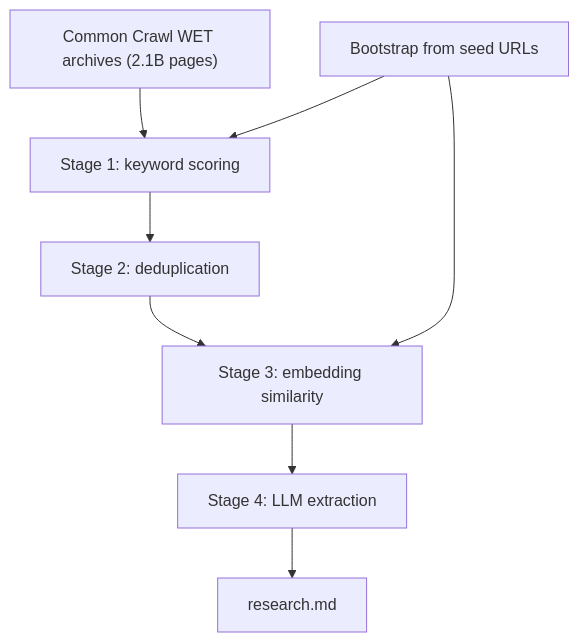
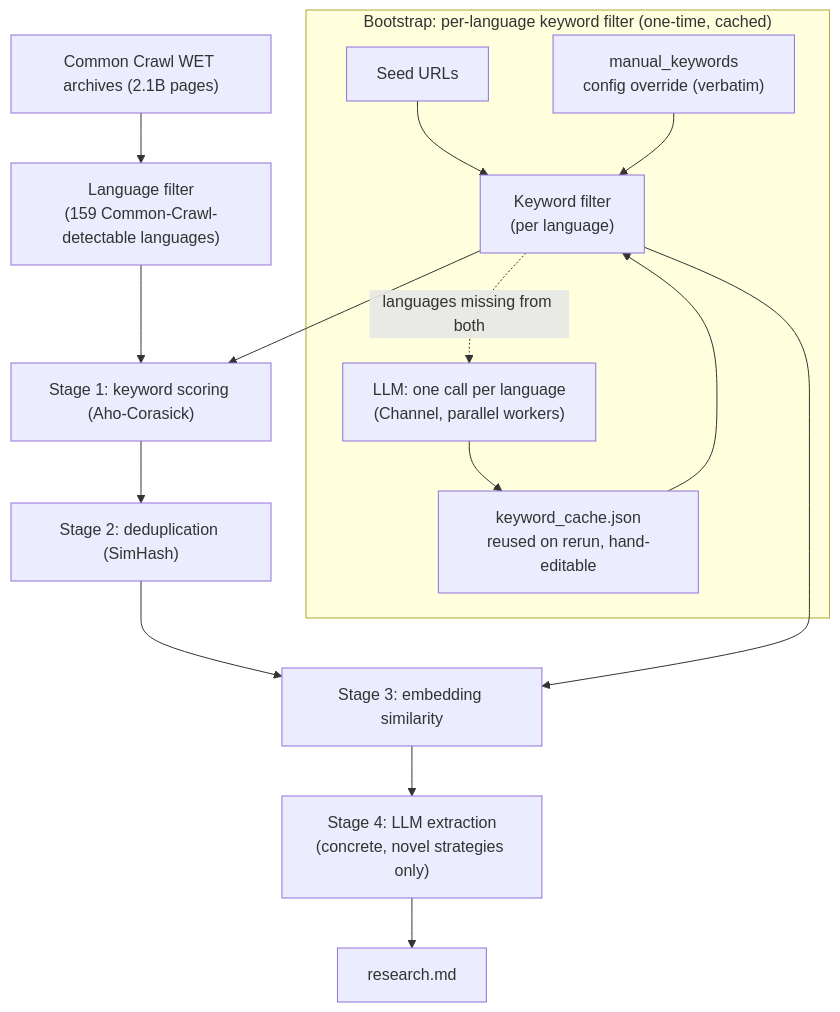
One commit to D3MZ/MonsieurPapin.jl changed the diagram in README.md. Above: the diagram before and after it, drawn with Mermaid. The commit also changed other lines of this file, not shown here.

Commit message:
Update architecture diagram for language filter + per-language keyword sourcing
Reflect the design change in the README graph: add the 159-language Common Crawl
language filter as an explicit pre-stage, and expand the bootstrap node into the
per-language keyword filter sourced from manual_keywords (verbatim) -> keyword_cache
(reused/hand-editable) -> per-language LLM generation over a Channel.

Claude-Session: https://claude.ai/code/session_01J1ySEr9b1v4Bv9XZoDk91M

````diff
--- a/README.md
+++ b/README.md
@@ -103,11 +103,19 @@
 ```mermaid
 flowchart TD
-    A["Common Crawl WET archives (2.1B pages)"] --> B["Stage 1: keyword scoring"]
-    B --> C["Stage 2: deduplication"]
+    A["Common Crawl WET archives (2.1B pages)"] --> L["Language filter<br/>(159 Common-Crawl-detectable languages)"]
+    L --> B["Stage 1: keyword scoring (Aho-Corasick)"]
+    B --> C["Stage 2: deduplication (SimHash)"]
     C --> D["Stage 3: embedding similarity"]
-    D --> E["Stage 4: LLM extraction"]
+    D --> E["Stage 4: LLM extraction<br/>(concrete, novel strategies only)"]
     E --> F["research.md"]
 
-    G["Bootstrap from seed URLs"] --> B
-    G --> D
+    subgraph BOOT["Bootstrap: per-language keyword filter (one-time, cached)"]
+      S["Seed URLs"] --> KF["Keyword filter<br/>(per language)"]
+      MK["manual_keywords<br/>config override (verbatim)"] --> KF
+      KC["keyword_cache.json<br/>reused on rerun, hand-editable"] --> KF
+      KF -.->|languages missing from both| GEN["LLM: one call per language<br/>(Channel, parallel workers)"]
+      GEN --> KC
+    end
+    KF --> B
+    KF --> D
 ```
````
